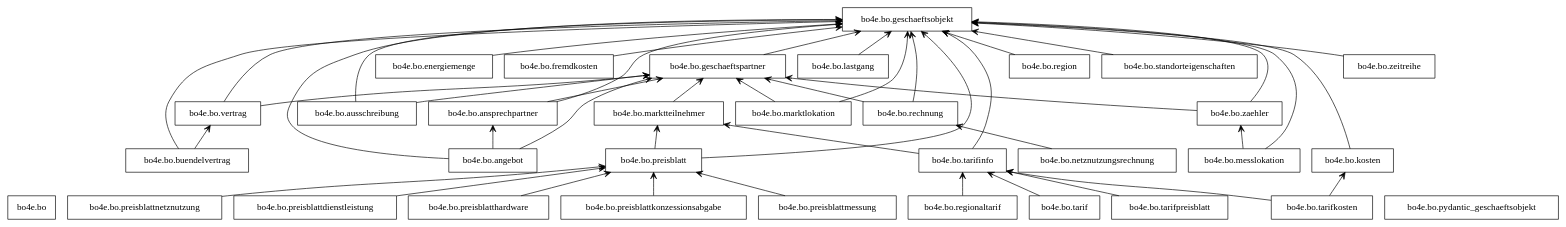
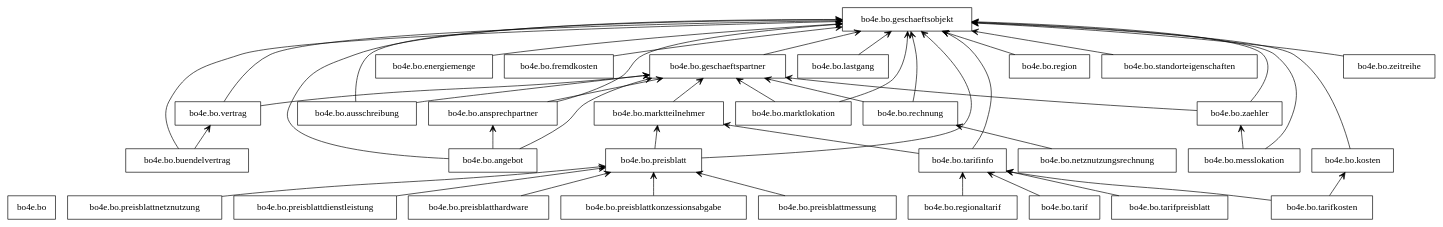
One commit to bo4e/BO4E-python changed the diagram in docs/api/dots/bo/packages.dot. Above: the diagram before and after it, drawn with Graphviz. The commit also changed 81 other files, not shown here.

```diff
--- a/docs/api/dots/bo/packages.dot
+++ b/docs/api/dots/bo/packages.dot
@@ -1,80 +1,79 @@
 digraph "packages" {
 rankdir=BT
 charset="utf-8"
 "bo4e.bo" [color="black", label="bo4e.bo", shape="box", style="solid"];
 "bo4e.bo.angebot" [color="black", label="bo4e.bo.angebot", shape="box", style="solid"];
 "bo4e.bo.ansprechpartner" [color="black", label="bo4e.bo.ansprechpartner", shape="box", style="solid"];
 "bo4e.bo.ausschreibung" [color="black", label="bo4e.bo.ausschreibung", shape="box", style="solid"];
 "bo4e.bo.buendelvertrag" [color="black", label="bo4e.bo.buendelvertrag", shape="box", style="solid"];
 "bo4e.bo.energiemenge" [color="black", label="bo4e.bo.energiemenge", shape="box", style="solid"];
 "bo4e.bo.fremdkosten" [color="black", label="bo4e.bo.fremdkosten", shape="box", style="solid"];
 "bo4e.bo.geschaeftsobjekt" [color="black", label="bo4e.bo.geschaeftsobjekt", shape="box", style="solid"];
 "bo4e.bo.geschaeftspartner" [color="black", label="bo4e.bo.geschaeftspartner", shape="box", style="solid"];
 "bo4e.bo.kosten" [color="black", label="bo4e.bo.kosten", shape="box", style="solid"];
 "bo4e.bo.lastgang" [color="black", label="bo4e.bo.lastgang", shape="box", style="solid"];
 "bo4e.bo.marktlokation" [color="black", label="bo4e.bo.marktlokation", shape="box", style="solid"];
 "bo4e.bo.marktteilnehmer" [color="black", label="bo4e.bo.marktteilnehmer", shape="box", style="solid"];
 "bo4e.bo.messlokation" [color="black", label="bo4e.bo.messlokation", shape="box", style="solid"];
 "bo4e.bo.netznutzungsrechnung" [color="black", label="bo4e.bo.netznutzungsrechnung", shape="box", style="solid"];
 "bo4e.bo.preisblatt" [color="black", label="bo4e.bo.preisblatt", shape="box", style="solid"];
 "bo4e.bo.preisblattdienstleistung" [color="black", label="bo4e.bo.preisblattdienstleistung", shape="box", style="solid"];
 "bo4e.bo.preisblatthardware" [color="black", label="bo4e.bo.preisblatthardware", shape="box", style="solid"];
 "bo4e.bo.preisblattkonzessionsabgabe" [color="black", label="bo4e.bo.preisblattkonzessionsabgabe", shape="box", style="solid"];
 "bo4e.bo.preisblattmessung" [color="black", label="bo4e.bo.preisblattmessung", shape="box", style="solid"];
 "bo4e.bo.preisblattnetznutzung" [color="black", label="bo4e.bo.preisblattnetznutzung", shape="box", style="solid"];
-"bo4e.bo.pydantic_geschaeftsobjekt" [color="black", label="bo4e.bo.pydantic_geschaeftsobjekt", shape="box", style="solid"];
 "bo4e.bo.rechnung" [color="black", label="bo4e.bo.rechnung", shape="box", style="solid"];
 "bo4e.bo.region" [color="black", label="bo4e.bo.region", shape="box", style="solid"];
 "bo4e.bo.regionaltarif" [color="black", label="bo4e.bo.regionaltarif", shape="box", style="solid"];
 "bo4e.bo.standorteigenschaften" [color="black", label="bo4e.bo.standorteigenschaften", shape="box", style="solid"];
 "bo4e.bo.tarif" [color="black", label="bo4e.bo.tarif", shape="box", style="solid"];
 "bo4e.bo.tarifinfo" [color="black", label="bo4e.bo.tarifinfo", shape="box", style="solid"];
 "bo4e.bo.tarifkosten" [color="black", label="bo4e.bo.tarifkosten", shape="box", style="solid"];
 "bo4e.bo.tarifpreisblatt" [color="black", label="bo4e.bo.tarifpreisblatt", shape="box", style="solid"];
 "bo4e.bo.vertrag" [color="black", label="bo4e.bo.vertrag", shape="box", style="solid"];
 "bo4e.bo.zaehler" [color="black", label="bo4e.bo.zaehler", shape="box", style="solid"];
 "bo4e.bo.zeitreihe" [color="black", label="bo4e.bo.zeitreihe", shape="box", style="solid"];
 "bo4e.bo.angebot" -> "bo4e.bo.ansprechpartner" [arrowhead="open", arrowtail="none"];
 "bo4e.bo.angebot" -> "bo4e.bo.geschaeftsobjekt" [arrowhead="open", arrowtail="none"];
 "bo4e.bo.angebot" -> "bo4e.bo.geschaeftspartner" [arrowhead="open", arrowtail="none"];
 "bo4e.bo.ansprechpartner" -> "bo4e.bo.geschaeftsobjekt" [arrowhead="open", arrowtail="none"];
 "bo4e.bo.ansprechpartner" -> "bo4e.bo.geschaeftspartner" [arrowhead="open", arrowtail="none"];
 "bo4e.bo.ausschreibung" -> "bo4e.bo.geschaeftsobjekt" [arrowhead="open", arrowtail="none"];
 "bo4e.bo.ausschreibung" -> "bo4e.bo.geschaeftspartner" [arrowhead="open", arrowtail="none"];
 "bo4e.bo.buendelvertrag" -> "bo4e.bo.geschaeftsobjekt" [arrowhead="open", arrowtail="none"];
 "bo4e.bo.buendelvertrag" -> "bo4e.bo.vertrag" [arrowhead="open", arrowtail="none"];
 "bo4e.bo.energiemenge" -> "bo4e.bo.geschaeftsobjekt" [arrowhead="open", arrowtail="none"];
 "bo4e.bo.fremdkosten" -> "bo4e.bo.geschaeftsobjekt" [arrowhead="open", arrowtail="none"];
 "bo4e.bo.geschaeftspartner" -> "bo4e.bo.geschaeftsobjekt" [arrowhead="open", arrowtail="none"];
 "bo4e.bo.kosten" -> "bo4e.bo.geschaeftsobjekt" [arrowhead="open", arrowtail="none"];
 "bo4e.bo.lastgang" -> "bo4e.bo.geschaeftsobjekt" [arrowhead="open", arrowtail="none"];
 "bo4e.bo.marktlokation" -> "bo4e.bo.geschaeftsobjekt" [arrowhead="open", arrowtail="none"];
 "bo4e.bo.marktlokation" -> "bo4e.bo.geschaeftspartner" [arrowhead="open", arrowtail="none"];
 "bo4e.bo.marktteilnehmer" -> "bo4e.bo.geschaeftspartner" [arrowhead="open", arrowtail="none"];
 "bo4e.bo.messlokation" -> "bo4e.bo.geschaeftsobjekt" [arrowhead="open", arrowtail="none"];
 "bo4e.bo.messlokation" -> "bo4e.bo.zaehler" [arrowhead="open", arrowtail="none"];
 "bo4e.bo.netznutzungsrechnung" -> "bo4e.bo.rechnung" [arrowhead="open", arrowtail="none"];
 "bo4e.bo.preisblatt" -> "bo4e.bo.geschaeftsobjekt" [arrowhead="open", arrowtail="none"];
 "bo4e.bo.preisblatt" -> "bo4e.bo.marktteilnehmer" [arrowhead="open", arrowtail="none"];
 "bo4e.bo.preisblattdienstleistung" -> "bo4e.bo.preisblatt" [arrowhead="open", arrowtail="none"];
 "bo4e.bo.preisblatthardware" -> "bo4e.bo.preisblatt" [arrowhead="open", arrowtail="none"];
 "bo4e.bo.preisblattkonzessionsabgabe" -> "bo4e.bo.preisblatt" [arrowhead="open", arrowtail="none"];
 "bo4e.bo.preisblattmessung" -> "bo4e.bo.preisblatt" [arrowhead="open", arrowtail="none"];
 "bo4e.bo.preisblattnetznutzung" -> "bo4e.bo.preisblatt" [arrowhead="open", arrowtail="none"];
 "bo4e.bo.rechnung" -> "bo4e.bo.geschaeftsobjekt" [arrowhead="open", arrowtail="none"];
 "bo4e.bo.rechnung" -> "bo4e.bo.geschaeftspartner" [arrowhead="open", arrowtail="none"];
 "bo4e.bo.region" -> "bo4e.bo.geschaeftsobjekt" [arrowhead="open", arrowtail="none"];
 "bo4e.bo.regionaltarif" -> "bo4e.bo.tarifinfo" [arrowhead="open", arrowtail="none"];
 "bo4e.bo.standorteigenschaften" -> "bo4e.bo.geschaeftsobjekt" [arrowhead="open", arrowtail="none"];
 "bo4e.bo.tarif" -> "bo4e.bo.tarifinfo" [arrowhead="open", arrowtail="none"];
 "bo4e.bo.tarifinfo" -> "bo4e.bo.geschaeftsobjekt" [arrowhead="open", arrowtail="none"];
 "bo4e.bo.tarifinfo" -> "bo4e.bo.marktteilnehmer" [arrowhead="open", arrowtail="none"];
 "bo4e.bo.tarifkosten" -> "bo4e.bo.kosten" [arrowhead="open", arrowtail="none"];
 "bo4e.bo.tarifkosten" -> "bo4e.bo.tarifinfo" [arrowhead="open", arrowtail="none"];
 "bo4e.bo.tarifpreisblatt" -> "bo4e.bo.tarifinfo" [arrowhead="open", arrowtail="none"];
 "bo4e.bo.vertrag" -> "bo4e.bo.geschaeftsobjekt" [arrowhead="open", arrowtail="none"];
 "bo4e.bo.vertrag" -> "bo4e.bo.geschaeftspartner" [arrowhead="open", arrowtail="none"];
 "bo4e.bo.zaehler" -> "bo4e.bo.geschaeftsobjekt" [arrowhead="open", arrowtail="none"];
 "bo4e.bo.zaehler" -> "bo4e.bo.geschaeftspartner" [arrowhead="open", arrowtail="none"];
 "bo4e.bo.zeitreihe" -> "bo4e.bo.geschaeftsobjekt" [arrowhead="open", arrowtail="none"];
 }
```
